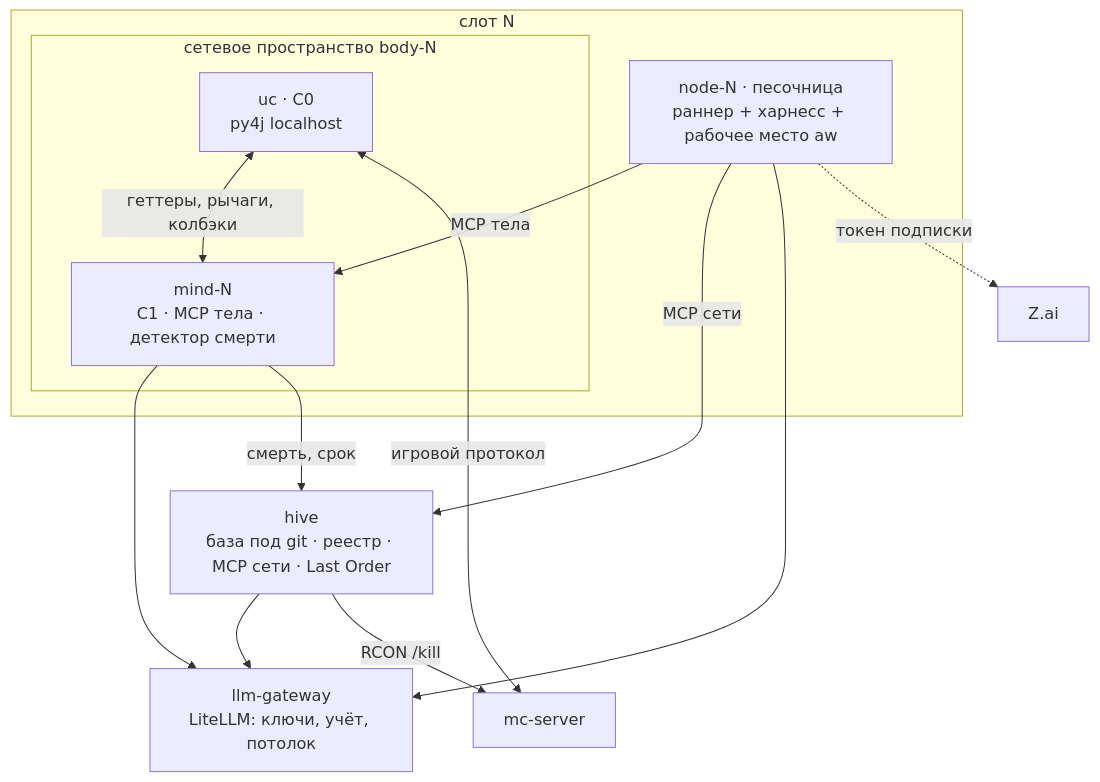
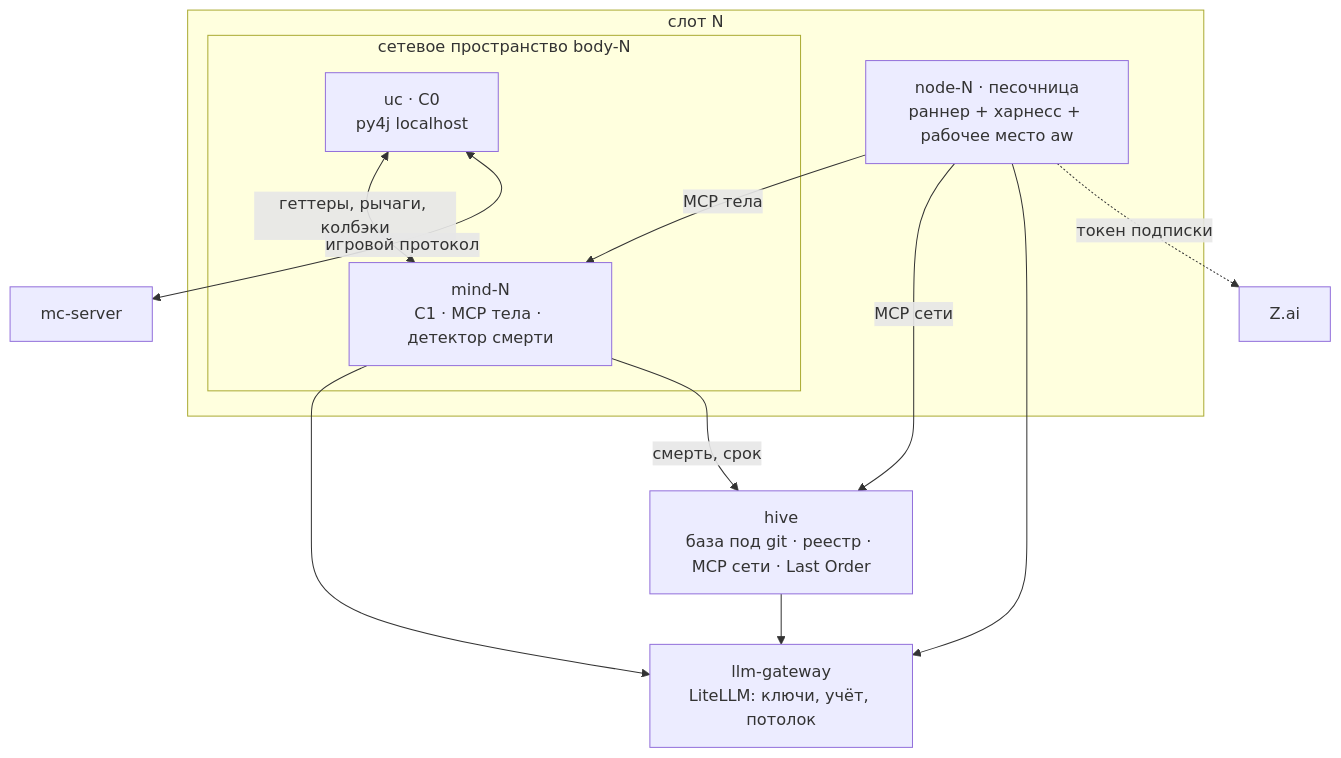
Before and after one commit to ZeusThunderer/lastorder: the first of 2 diagrams in docs/architecture/NETWORK.md, drawn with Mermaid. The commit also changed other lines of this file and 5 other files, not shown here.

Commit message:
docs: ADR-052 — the mind change without a body death; NETWORK §5/§6, OVERVIEW and CLAUDE.md lose the RCON kill, the will prompts (session + persona core) speak of the handover, mvp_report counts term stops next to death stops

````diff
--- a/docs/architecture/NETWORK.md
+++ b/docs/architecture/NETWORK.md
@@ -35,23 +35,22 @@
 ```mermaid
 flowchart TB
     subgraph SLOT["слот N"]
         subgraph NS["сетевое пространство body-N"]
             UC["uc · C0<br/>py4j localhost"]
             MIND["mind-N<br/>C1 · MCP тела · детектор смерти"]
             UC <-->|"геттеры, рычаги, колбэки"| MIND
         end
         NODE["node-N · песочница<br/>раннер + харнесс + рабочее место aw"]
         NODE -->|"MCP тела"| MIND
     end
     HIVE["hive<br/>база под git · реестр · MCP сети · Last Order"]
     GW["llm-gateway<br/>LiteLLM: ключи, учёт, потолок"]
     MC["mc-server"]
     NODE -->|"MCP сети"| HIVE
     NODE --> GW
     NODE -.->|"токен подписки"| ZAI["Z.ai"]
     MIND --> GW
     HIVE --> GW
     MIND -->|"смерть, срок"| HIVE
-    HIVE -->|"RCON /kill"| MC
     UC <-->|"игровой протокол"| MC
 ```
````
